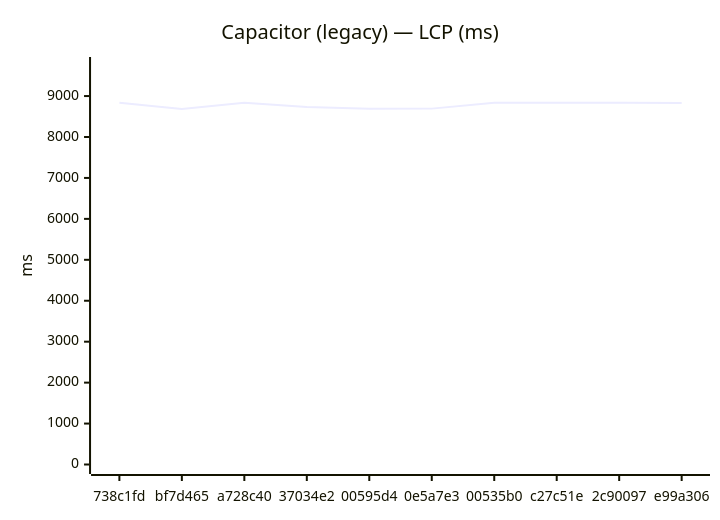
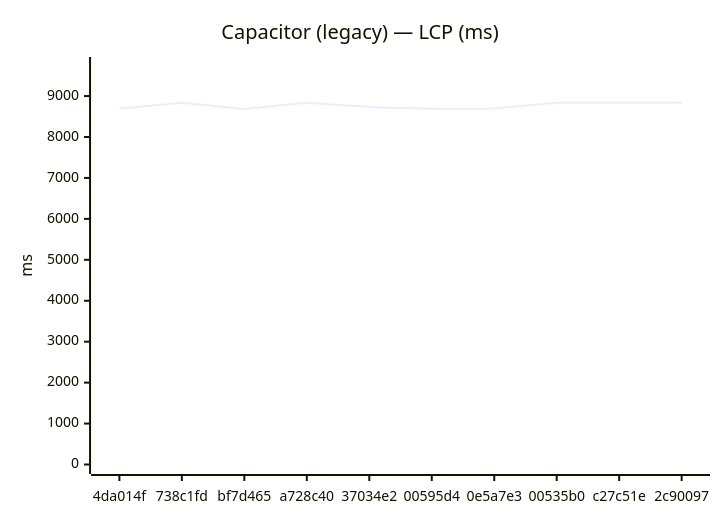
Before and after one commit to Metaheurist/Rianell: the fifth of 24 diagrams in benchmarks/compare.md, drawn with Mermaid. The commit also changed other lines of this file and 13 other files, not shown here.

````diff
--- a/benchmarks/compare.md
+++ b/benchmarks/compare.md
@@ -84,7 +84,7 @@
 ```mermaid
 xychart-beta
     title "Capacitor (legacy) — LCP (ms)"
-    x-axis ["738c1fd", "bf7d465", "a728c40", "37034e2", "00595d4", "0e5a7e3", "00535b0", "c27c51e", "2c90097", "e99a306"]
+    x-axis ["4da014f", "738c1fd", "bf7d465", "a728c40", "37034e2", "00595d4", "0e5a7e3", "00535b0", "c27c51e", "2c90097"]
     y-axis "ms" 0 --> 9722
-    line [8838, 8681, 8837, 8731, 8688, 8693, 8834, 8838, 8835, 8833]
+    line [8693, 8838, 8681, 8837, 8731, 8688, 8693, 8834, 8838, 8835]
 ```
````
